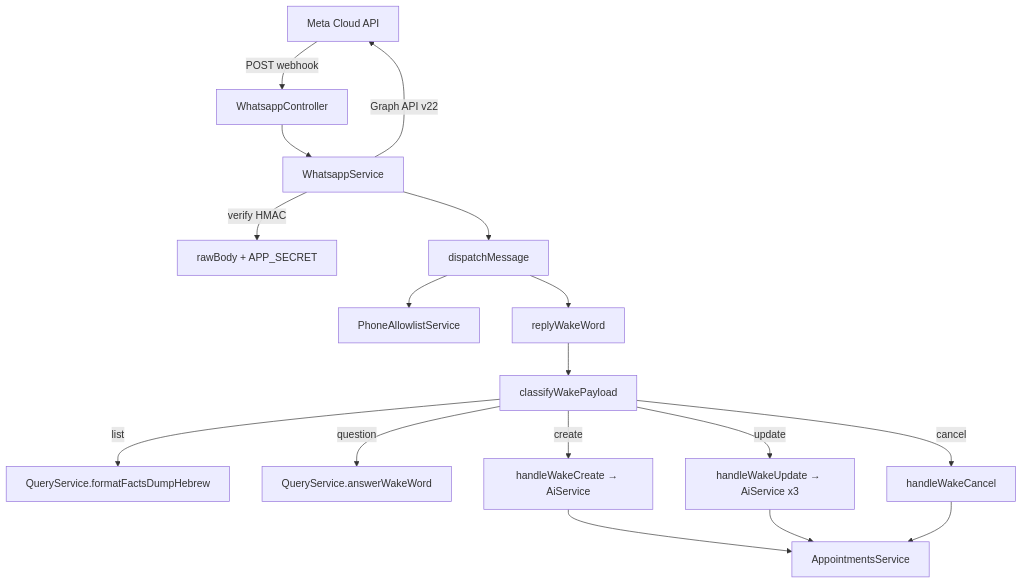
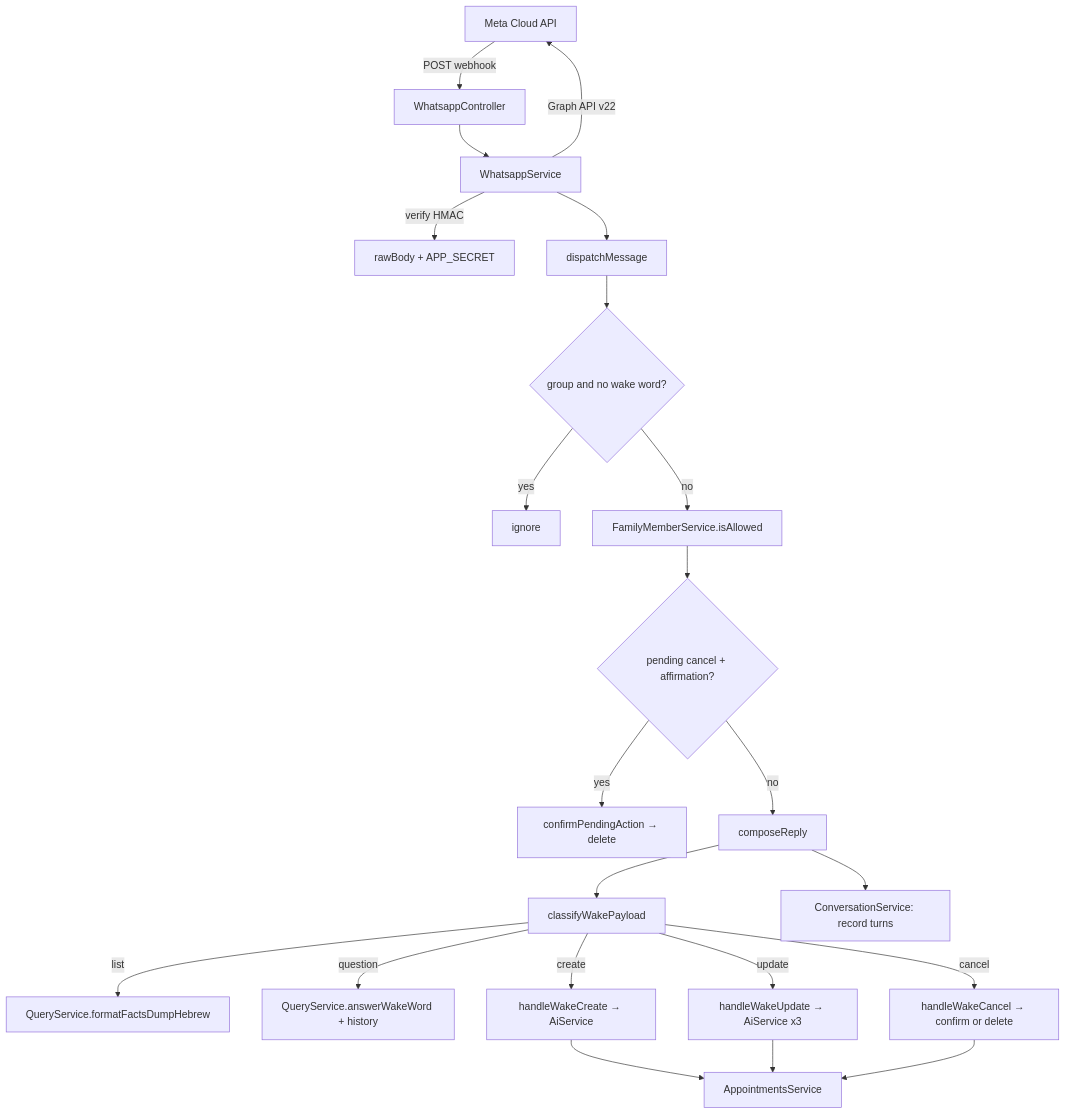
Before and after one commit to stavbarak/medflow-ai: the first of 2 diagrams in summaries/stage-4-whatsapp-module.md, drawn with Mermaid. The commit also changed other lines of this file and 6 other files, not shown here.

````diff
--- a/summaries/stage-4-whatsapp-module.md
+++ b/summaries/stage-4-whatsapp-module.md
@@ -33,19 +33,24 @@
 ```mermaid
 flowchart TB
   META[Meta Cloud API] -->|POST webhook| WC[WhatsappController]
   WC --> WS[WhatsappService]
   WS -->|verify HMAC| SIG[rawBody + APP_SECRET]
   WS --> DISP[dispatchMessage]
-  DISP --> AL[PhoneAllowlistService]
-  DISP --> RW[replyWakeWord]
-  RW --> INT[classifyWakePayload]
+  DISP --> GATE{group and no wake word?}
+  GATE -->|yes| DROP[ignore]
+  GATE -->|no| AL[FamilyMemberService.isAllowed]
+  AL --> PEND{pending cancel + affirmation?}
+  PEND -->|yes| CONF[confirmPendingAction → delete]
+  PEND -->|no| COMP[composeReply]
+  COMP --> INT[classifyWakePayload]
   INT -->|list| Q1[QueryService.formatFactsDumpHebrew]
-  INT -->|question| Q2[QueryService.answerWakeWord]
+  INT -->|question| Q2[QueryService.answerWakeWord + history]
   INT -->|create| CR[handleWakeCreate → AiService]
   INT -->|update| UP[handleWakeUpdate → AiService x3]
-  INT -->|cancel| CA[handleWakeCancel]
+  INT -->|cancel| CA[handleWakeCancel → confirm or delete]
   CR --> AP[AppointmentsService]
   UP --> AP
   CA --> AP
+  COMP --> CV[ConversationService: record turns]
   WS -->|Graph API v22| META
 ```
````
